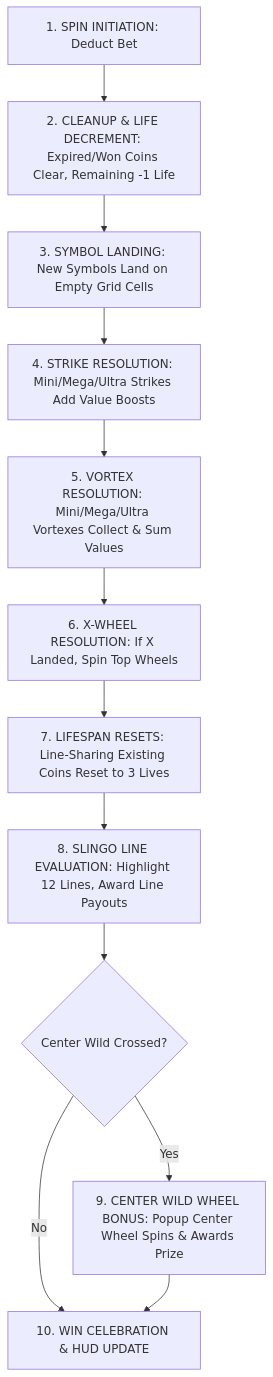
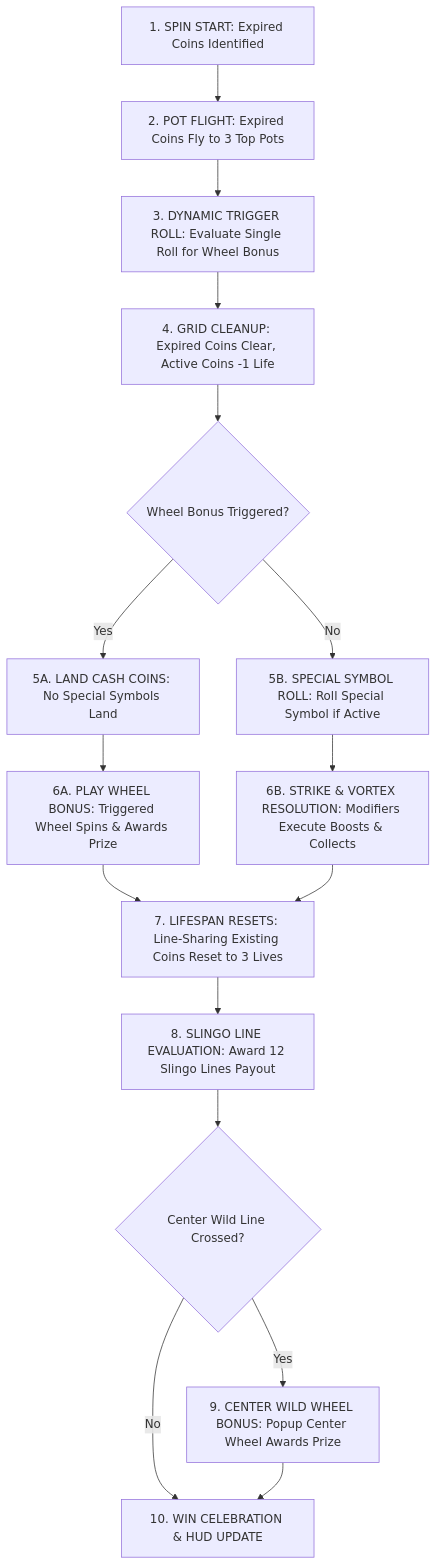
The diagram in Cash_Vortex_Triple_Power_Game_Spec.md (BoGamingRealms/slot-game-simulators), drawn with Mermaid before and after one commit. The commit also changed other lines of this file and 4 other files, not shown here.

Commit message:
Implement 3-pot dynamic X-wheel trigger system, remove X symbol and wheel upgrades

````diff
--- a/Cash_Vortex_Triple_Power_Game_Spec.md
+++ b/Cash_Vortex_Triple_Power_Game_Spec.md
@@ -72,14 +75,18 @@
 ```mermaid
 flowchart TD
-    A[1. SPIN INITIATION: Deduct Bet] --> B[2. CLEANUP & LIFE DECREMENT: Expired/Won Coins Clear, Remaining -1 Life]
-    B --> C[3. SYMBOL LANDING: New Symbols Land on Empty Grid Cells]
-    C --> D[4. STRIKE RESOLUTION: Mini/Mega/Ultra Strikes Add Value Boosts]
-    D --> E[5. VORTEX RESOLUTION: Mini/Mega/Ultra Vortexes Collect & Sum Values]
-    E --> F[6. X-WHEEL RESOLUTION: If X Landed, Spin Top Wheels]
-    F --> G[7. LIFESPAN RESETS: Line-Sharing Existing Coins Reset to 3 Lives]
-    G --> H[8. SLINGO LINE EVALUATION: Highlight 12 Lines, Award Line Payouts]
-    H --> I{Center Wild Crossed?}
-    I -- Yes --> J[9. CENTER WILD WHEEL BONUS: Popup Center Wheel Spins & Awards Prize]
-    I -- No --> K[10. WIN CELEBRATION & HUD UPDATE]
-    J --> K
+    A[1. SPIN START: Expired Coins Identified] --> B[2. POT FLIGHT: Expired Coins Fly to 3 Top Pots]
+    B --> C[3. DYNAMIC TRIGGER ROLL: Evaluate Single Roll for Wheel Bonus]
+    C --> D[4. GRID CLEANUP: Expired Coins Clear, Active Coins -1 Life]
+    D --> E{Wheel Bonus Triggered?}
+    E -- Yes --> F[5A. LAND CASH COINS: No Special Symbols Land]
+    F --> G[6A. PLAY WHEEL BONUS: Triggered Wheel Spins & Awards Prize]
+    E -- No --> H[5B. SPECIAL SYMBOL ROLL: Roll Special Symbol if Active]
+    H --> I[6B. STRIKE & VORTEX RESOLUTION: Modifiers Execute Boosts & Collects]
+    G --> J[7. LIFESPAN RESETS: Line-Sharing Existing Coins Reset to 3 Lives]
+    I --> J
+    J --> K[8. SLINGO LINE EVALUATION: Award 12 Slingo Lines Payout]
+    K --> L{Center Wild Line Crossed?}
+    L -- Yes --> M[9. CENTER WILD WHEEL BONUS: Popup Center Wheel Awards Prize]
+    L -- No --> N[10. WIN CELEBRATION & HUD UPDATE]
+    M --> N
 ```
````
